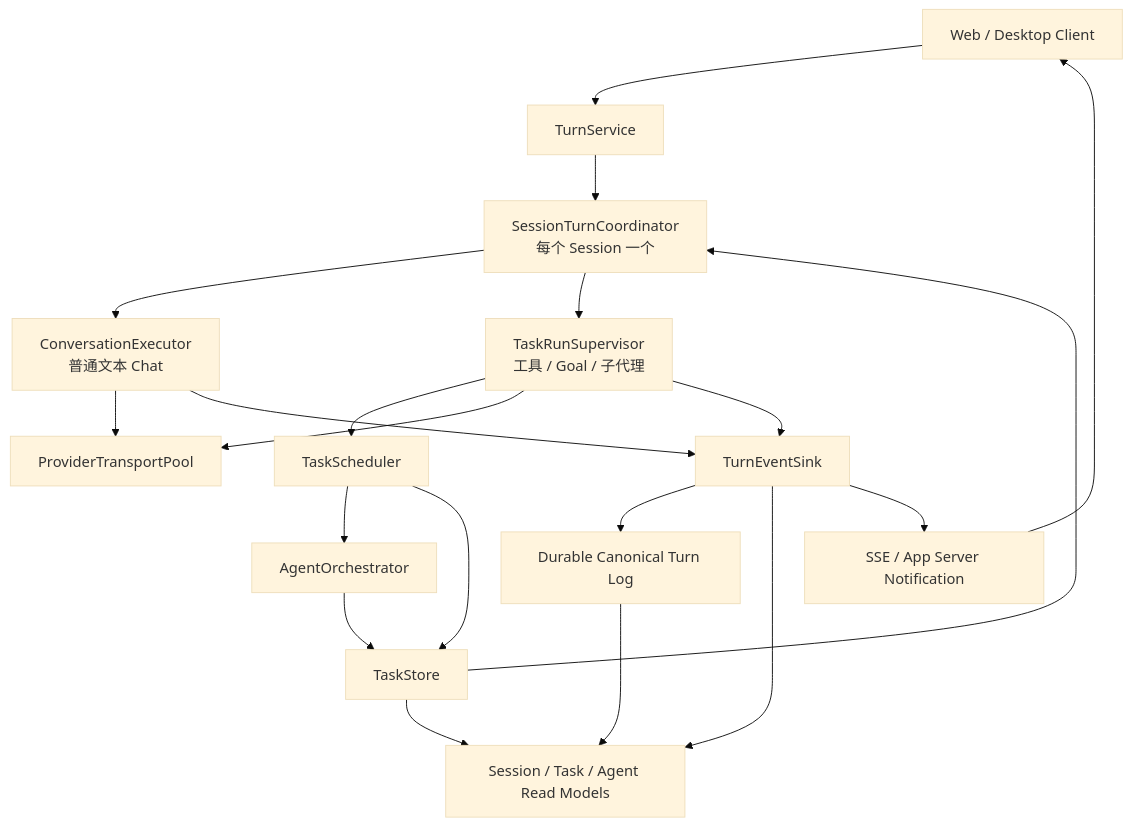
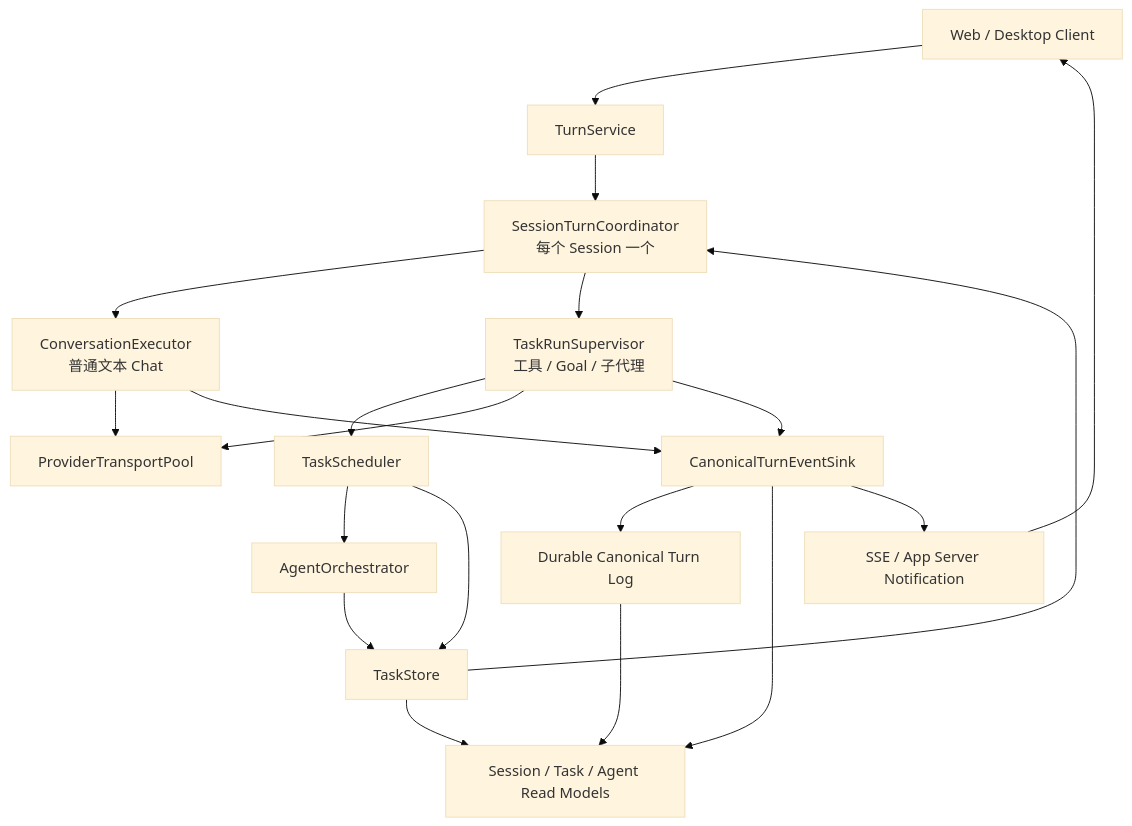
One commit to MistRipple/magi-code changed the diagram in docs/conversation-response-core-architecture-redesign.md. Above: the diagram before and after it, drawn with Mermaid (base theme). The commit also changed other lines of this file and 4 other files, not shown here.

Commit message:
收敛 Canonical Turn Sink 术语和证据

````diff
--- a/docs/conversation-response-core-architecture-redesign.md
+++ b/docs/conversation-response-core-architecture-redesign.md
@@ -156,36 +156,36 @@
 ```mermaid
 flowchart TD
     Client[Web / Desktop Client]
     API[TurnService]
     Coordinator[SessionTurnCoordinator<br/>每个 Session 一个]
     Chat[ConversationExecutor<br/>普通文本 Chat]
     TaskRun[TaskRunSupervisor<br/>工具 / Goal / 子代理]
     Scheduler[TaskScheduler]
     Agent[AgentOrchestrator]
     Transport[ProviderTransportPool]
-    Sink[TurnEventSink]
+    Sink[CanonicalTurnEventSink]
     Log[Durable Canonical Turn Log]
     TaskLog[TaskStore]
     Projection[Session / Task / Agent Read Models]
     Stream[SSE / App Server Notification]
 
     Client --> API
     API --> Coordinator
     Coordinator --> Chat
     Coordinator --> TaskRun
     TaskRun --> Scheduler
     Scheduler --> Agent
     Chat --> Transport
     TaskRun --> Transport
     Chat --> Sink
     TaskRun --> Sink
     Sink --> Log
     Scheduler --> TaskLog
     Agent --> TaskLog
     TaskLog --> Coordinator
     TaskLog --> Projection
     Sink --> Projection
     Sink --> Stream
     Stream --> Client
     Log --> Projection
 ```
````
